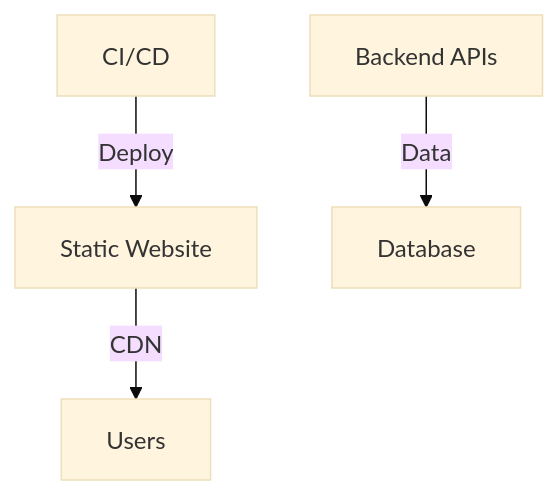
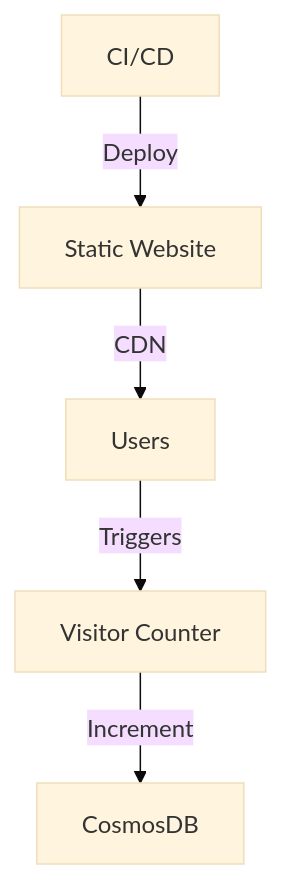
The first of 3 diagrams in README.md (saddavi/Talha-CloudResumeChallenge), drawn with Mermaid (base theme) before and after one commit. The commit also changed other lines of this file, not shown here.

````diff
--- a/README.md
+++ b/README.md
@@ -27,6 +77,7 @@
 ```mermaid
 graph TD
     A[Static Website] -->|CDN| B[Users]
-    C[Backend APIs] -->|Data| D[Database]
+    B -->|Triggers| C[Visitor Counter]
+    C -->|Increment| D[CosmosDB]
     E[CI/CD] -->|Deploy| A
 ```
````
